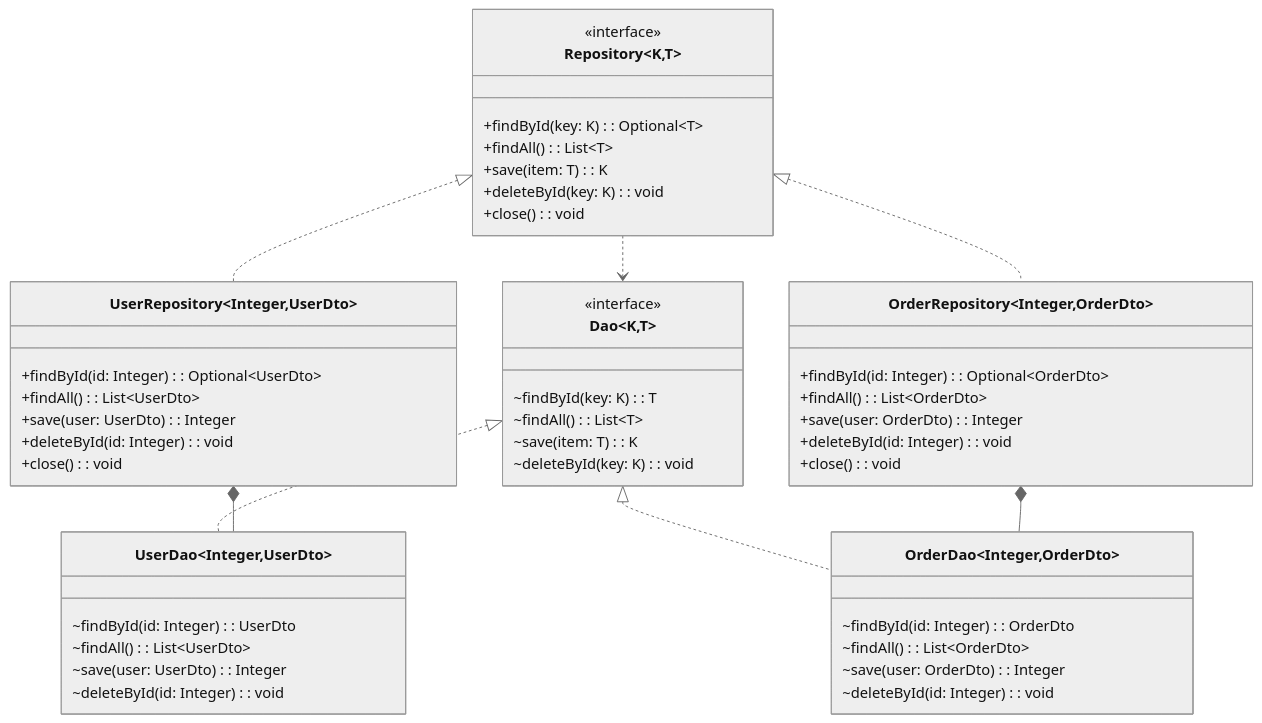
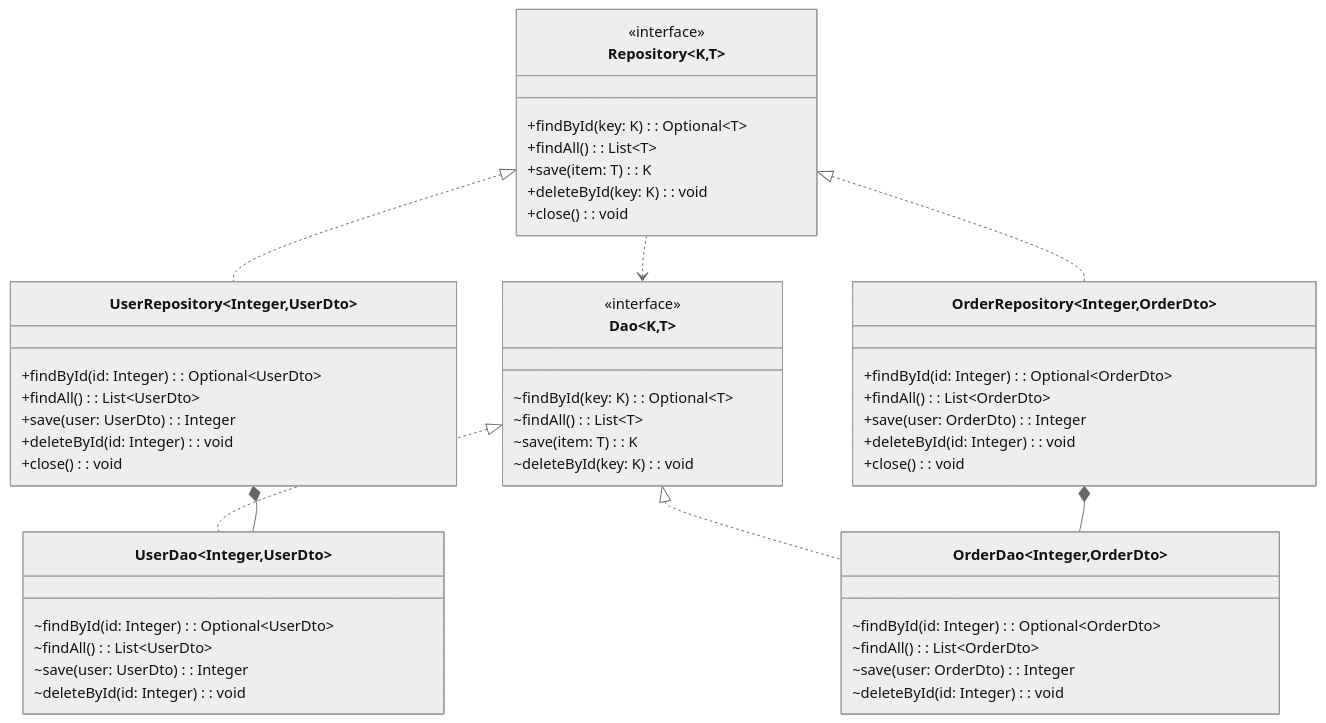
The third of 3 diagrams in docs/TD 04 - Java Database Connectivity/ex07-dao.md (esibru/4prj1d-labos), drawn with Mermaid (neutral theme) before and after one commit.

Commit message:
Optional manquants, Fix #14

````diff
--- a/docs/TD 04 - Java Database Connectivity/ex07-dao.md
+++ b/docs/TD 04 - Java Database Connectivity/ex07-dao.md
@@ -337,69 +337,69 @@
 ```mermaid
 classDiagram
 
     subgraph Users
         class UserRepository~Integer,UserDto~ {
             +findById(id: Integer): Optional~UserDto~
             +findAll(): List~UserDto~
             +save(user: UserDto): Integer
             +deleteById(id: Integer): void
             +close(): void
         }
 
         class UserDao~Integer,UserDto~ {
-            ~findById(id: Integer): UserDto
+            ~findById(id: Integer): Optional~UserDto~
             ~findAll(): List~UserDto~
             ~save(user: UserDto): Integer
             ~deleteById(id: Integer): void
         }
     end
 
     subgraph interface
         class Repository~K,T~ {
             <<interface>>
             +findById(key: K): Optional~T~
             +findAll(): List~T~
             +save(item: T): K
             +deleteById(key: K): void
             +close(): void
         }
 
         class Dao~K,T~ {
             <<interface>>
-            ~findById(key: K): T
+            ~findById(key: K): Optional~T~
             ~findAll(): List~T~
             ~save(item: T): K
             ~deleteById(key: K): void
         }
     end
 
     subgraph Orders  
         direction TB
 
         class OrderRepository~Integer,OrderDto~ {
             +findById(id: Integer): Optional~OrderDto~
             +findAll(): List~OrderDto~
             +save(user: OrderDto): Integer
             +deleteById(id: Integer): void
             +close(): void
         }
 
         class OrderDao~Integer,OrderDto~ {
-            ~findById(id: Integer): OrderDto
+            ~findById(id: Integer): Optional~OrderDto~
             ~findAll(): List~OrderDto~
             ~save(user: OrderDto): Integer
             ~deleteById(id: Integer): void
         }
     end
 
     Repository <|.. UserRepository
     Repository <|.. OrderRepository
 
     Repository ..> Dao
 
     Dao <|.. UserDao
     Dao <|.. OrderDao
 
     UserRepository *-- UserDao
     OrderRepository *-- OrderDao
 ```
````
